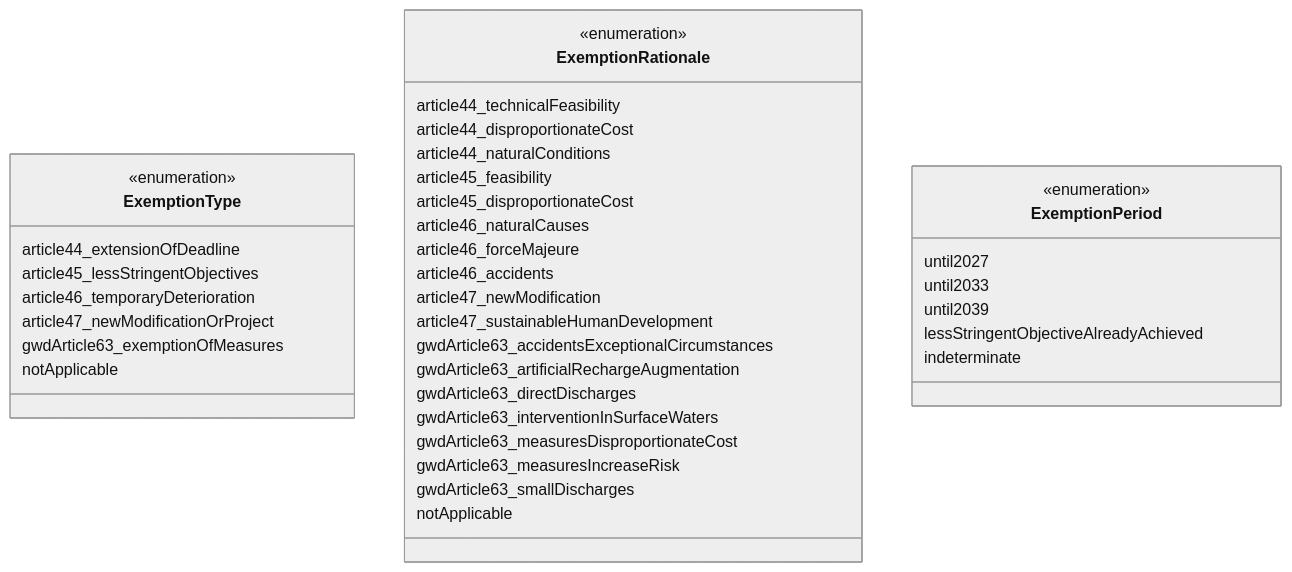
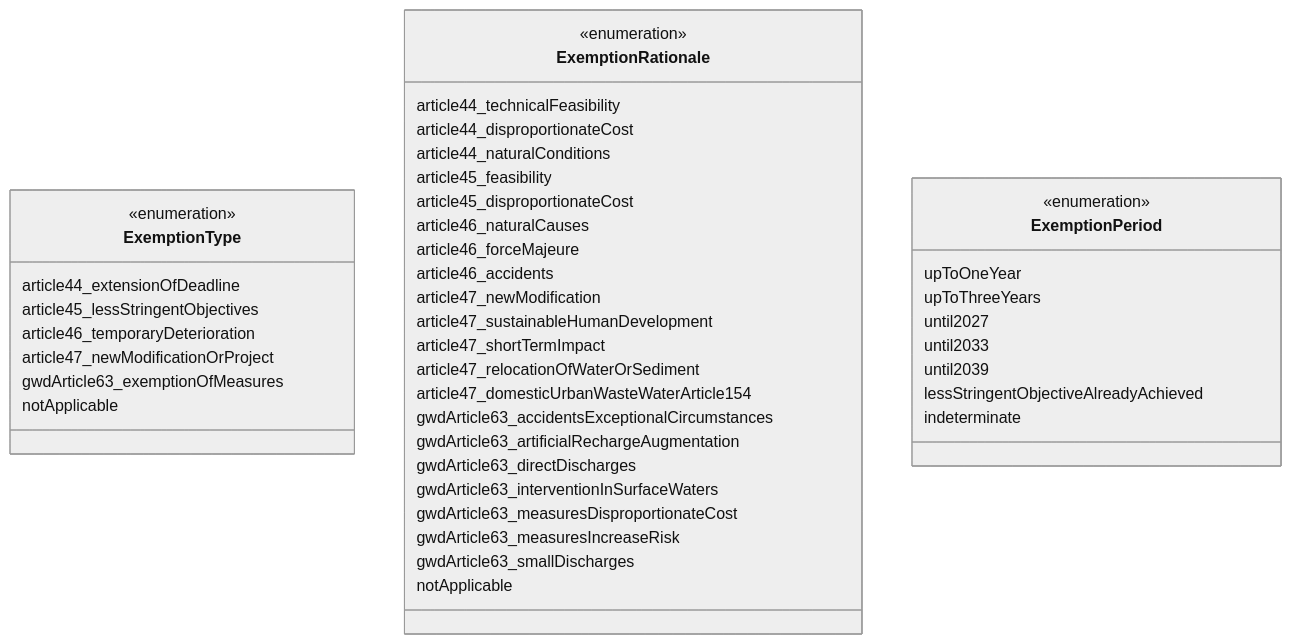
The eighth of 8 diagrams in docs/DataModelReview/WFDExemptions.md (eeadata/WISE.WFD.Documentation), drawn with Mermaid before and after one commit. The commit also changed other lines of this file and 6 other files, not shown here.

````diff
--- a/docs/DataModelReview/WFDExemptions.md
+++ b/docs/DataModelReview/WFDExemptions.md
@@ -294,47 +304,52 @@
 ```{mermaid}
 :name: ExemptionCodelist
 :caption: Codelists associated with the Exemption classes - 4ᵗʰ cycle
 :align: center
 %%{init: {'theme': 'neutral'}}%%
 classDiagram
 class ExemptionType{
     <<enumeration>>
     article44_extensionOfDeadline
     article45_lessStringentObjectives
     article46_temporaryDeterioration
     article47_newModificationOrProject
     gwdArticle63_exemptionOfMeasures
     notApplicable
     }
 
 class ExemptionRationale{
     <<enumeration>>
     article44_technicalFeasibility
     article44_disproportionateCost
     article44_naturalConditions
     article45_feasibility
     article45_disproportionateCost
     article46_naturalCauses
     article46_forceMajeure
     article46_accidents
     article47_newModification
     article47_sustainableHumanDevelopment
+    article47_shortTermImpact
+    article47_relocationOfWaterOrSediment
+    article47_domesticUrbanWasteWaterArticle154
     gwdArticle63_accidentsExceptionalCircumstances
     gwdArticle63_artificialRechargeAugmentation
     gwdArticle63_directDischarges
     gwdArticle63_interventionInSurfaceWaters
     gwdArticle63_measuresDisproportionateCost
     gwdArticle63_measuresIncreaseRisk
     gwdArticle63_smallDischarges
     notApplicable
     }
 	
 class ExemptionPeriod{
     <<enumeration>>
+    upToOneYear
+    upToThreeYears
     until2027
     until2033
     until2039
     lessStringentObjectiveAlreadyAchieved
     indeterminate
     }
 ```
````
